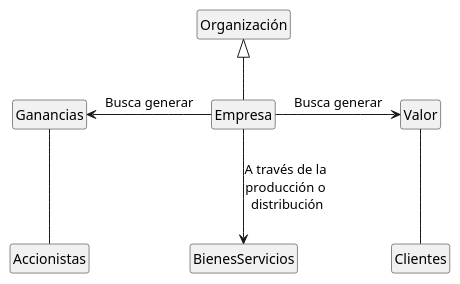
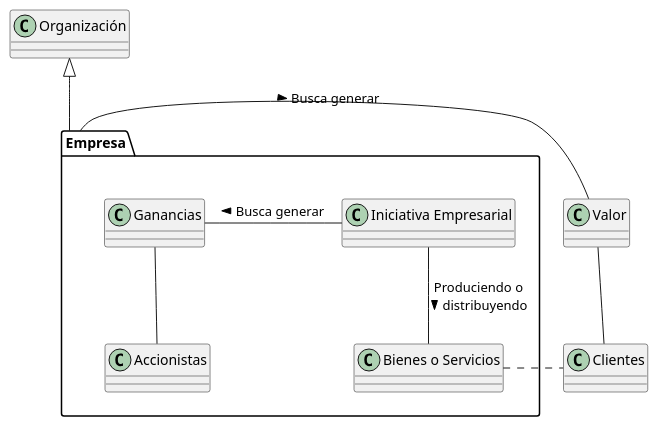
The diagram in puml.source/empresa.puml (marcosvarona/DSI-22-23), drawn with PlantUML before and after one commit. The commit also changed other lines of this file and 1 other file, not shown here.

Commit message:
Ajustes uml

```diff
--- a/puml.source/empresa.puml
+++ b/puml.source/empresa.puml
@@ -1,9 +1,15 @@
+
+
+package Empresa {
+    class "Iniciativa Empresarial" as Empresa 
+    Empresa -l- Ganancias: Busca generar >
+    Ganancias -d- Accionistas
+
+    
+    Empresa -d- "Bienes o Servicios": Produciendo o\n distribuyendo >
+}
+
+    Empresa -r- Valor: Busca generar >
 Organización <|-- Empresa
-Empresa -l-> Ganancias: Busca generar
-Ganancias -d- Accionistas
-Empresa -r-> Valor: Busca generar
+"Bienes o Servicios" .r.. Clientes
 Valor -d- Clientes
-Empresa -d-> BienesServicios:A través de la\nproducción o\n distribución
-
-hide empty members
-hide class circle
```
